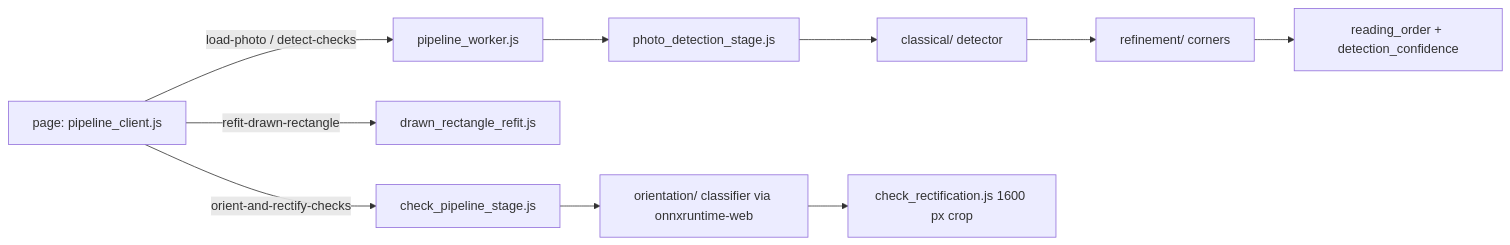
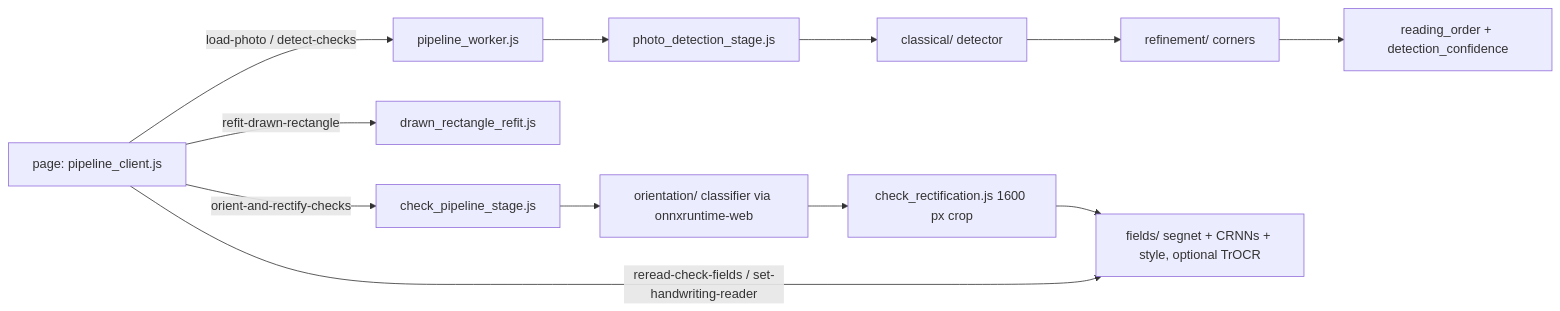
Before and after one commit to Maninae/check-transcriber: the diagram in app/js/pipeline/CLAUDE.md, drawn with Mermaid. The commit also changed other lines of this file and 63 other files, not shown here.

````diff
--- a/app/js/pipeline/CLAUDE.md
+++ b/app/js/pipeline/CLAUDE.md
@@ -5,9 +5,11 @@
 ```mermaid
 flowchart LR
   P[page: pipeline_client.js] -- load-photo / detect-checks --> W[pipeline_worker.js]
   W --> D[photo_detection_stage.js]
   D --> C[classical/ detector] --> R[refinement/ corners] --> O[reading_order + detection_confidence]
   P -- refit-drawn-rectangle --> F[drawn_rectangle_refit.js]
   P -- orient-and-rectify-checks --> S[check_pipeline_stage.js]
   S --> OR[orientation/ classifier via onnxruntime-web] --> RC[check_rectification.js 1600 px crop]
+  RC --> FR[fields/ segnet + CRNNs + style, optional TrOCR]
+  P -- reread-check-fields / set-handwriting-reader --> FR
 ```
````
